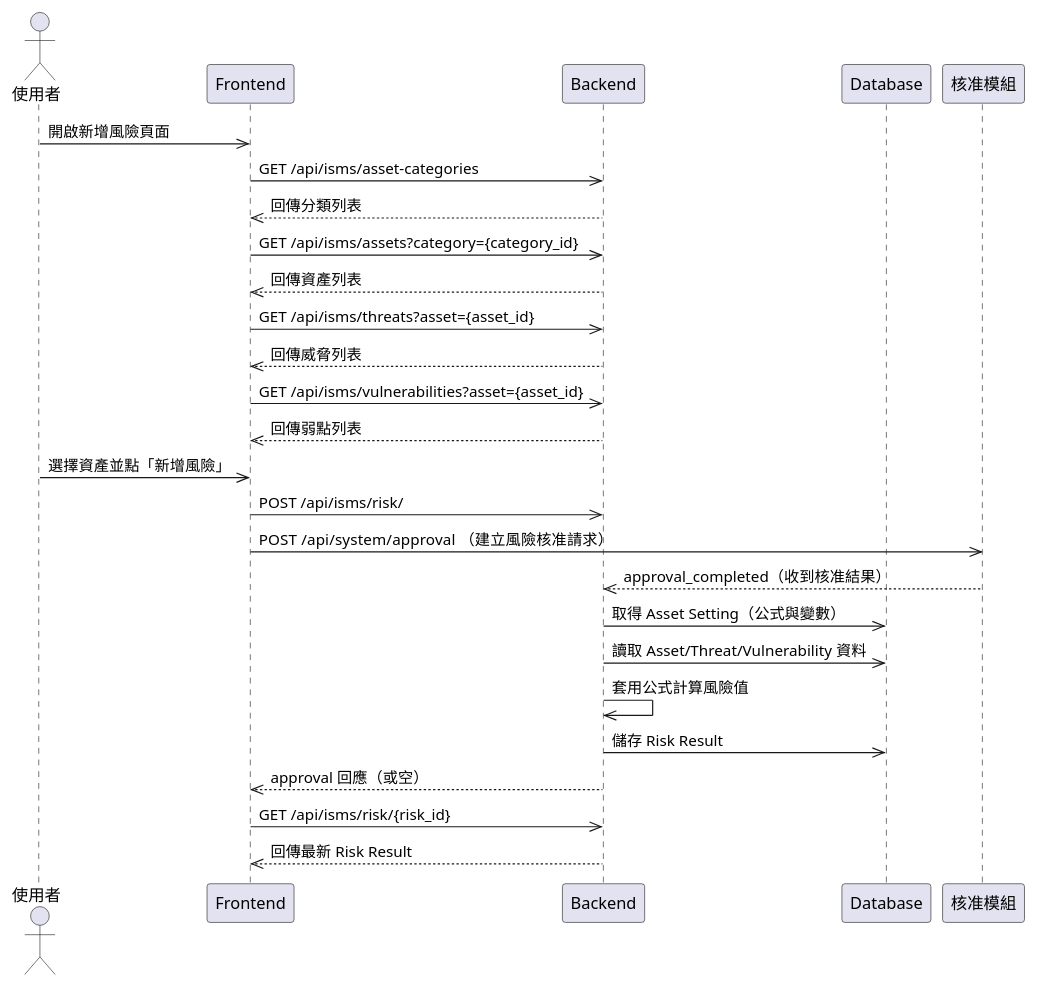
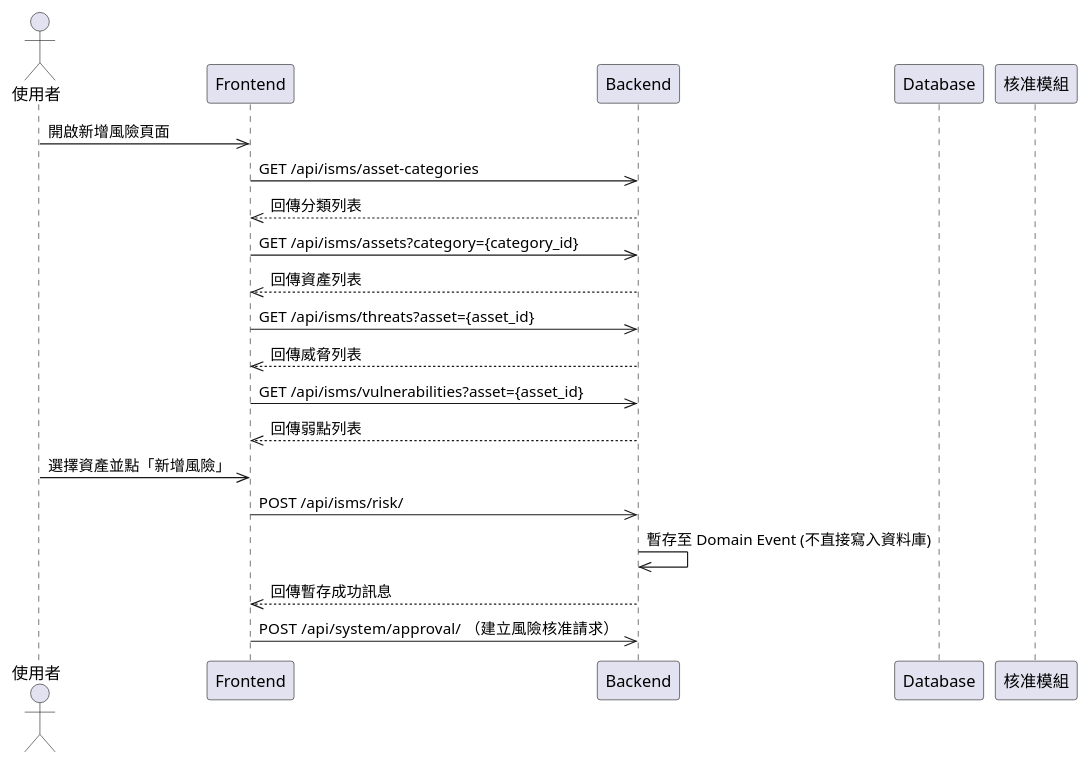
One commit to walle45611/NTUB_SecuManag_Diagram changed the diagram in plantUML/sequence/risk_evaluation.puml. Above: the diagram before and after it, drawn with PlantUML. The commit also changed 6 other files, not shown here.

Commit message:
feat: 更新流程圖，將核准請求暫存至 Domain Event 以改善資料處理流程

```diff
--- a/plantUML/sequence/risk_evaluation.puml
+++ b/plantUML/sequence/risk_evaluation.puml
@@ -1,28 +1,22 @@
 @startuml
 actor User as "使用者"
 participant Frontend
 participant Backend
 participant Database
 participant Approval as "核准模組"
 
 User ->> Frontend: 開啟新增風險頁面
 Frontend ->> Backend: GET /api/isms/asset-categories
 Backend -->> Frontend: 回傳分類列表
 Frontend ->> Backend: GET /api/isms/assets?category={category_id}
 Backend -->> Frontend: 回傳資產列表
 Frontend ->> Backend: GET /api/isms/threats?asset={asset_id}
 Backend -->> Frontend: 回傳威脅列表
 Frontend ->> Backend: GET /api/isms/vulnerabilities?asset={asset_id}
 Backend -->> Frontend: 回傳弱點列表
 User ->> Frontend: 選擇資產並點「新增風險」
 Frontend ->> Backend: POST /api/isms/risk/
-Frontend ->> Approval: POST /api/system/approval  （建立風險核准請求）
-Approval -->> Backend: approval_completed（收到核准結果）
-Backend ->> Database: 取得 Asset Setting（公式與變數）
-Backend ->> Database: 讀取 Asset/Threat/Vulnerability 資料
-Backend ->> Backend: 套用公式計算風險值
-Backend ->> Database: 儲存 Risk Result
-Backend -->> Frontend: approval 回應（或空）
-Frontend ->> Backend: GET /api/isms/risk/{risk_id}
-Backend -->> Frontend: 回傳最新 Risk Result
+Backend ->> Backend: 暫存至 Domain Event (不直接寫入資料庫)
+Backend -->> Frontend: 回傳暫存成功訊息
+Frontend ->> Backend: POST /api/system/approval/  （建立風險核准請求）
 @enduml
```
